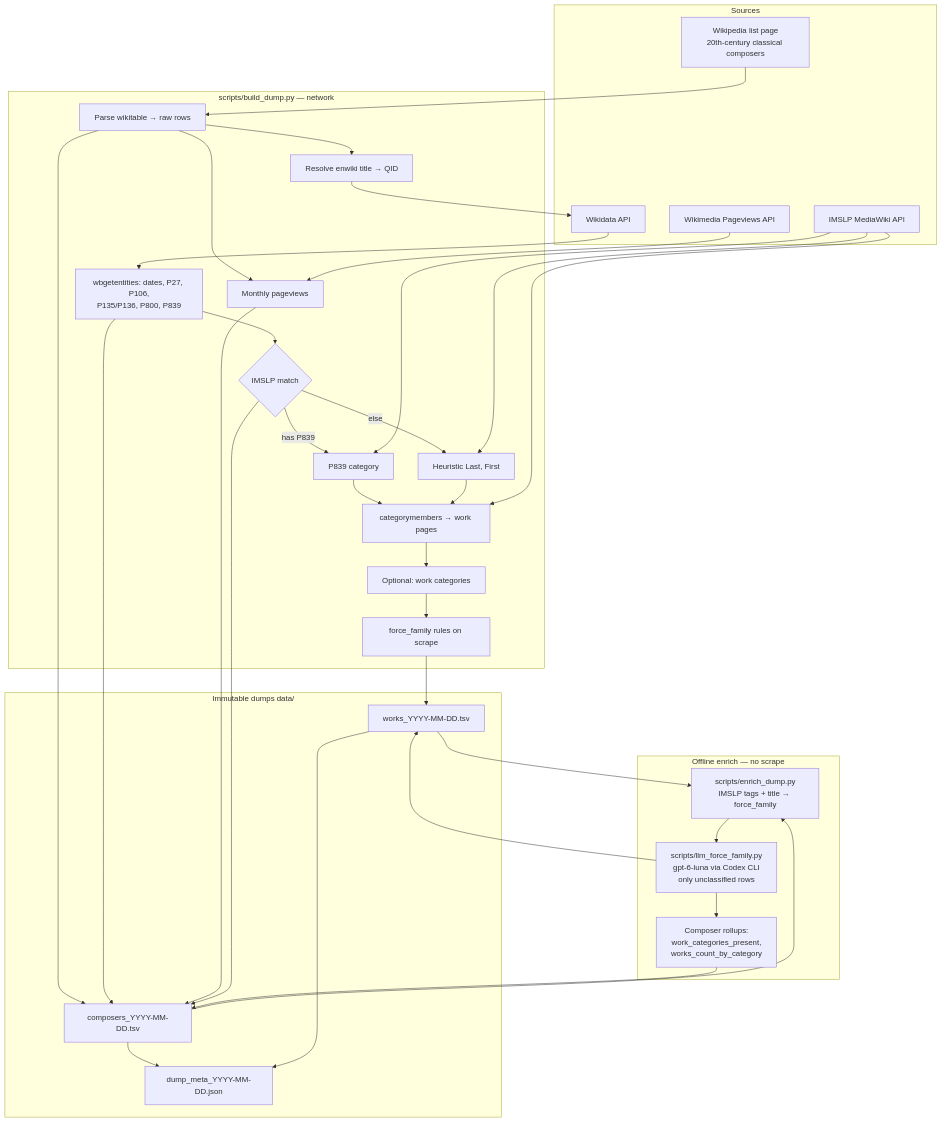
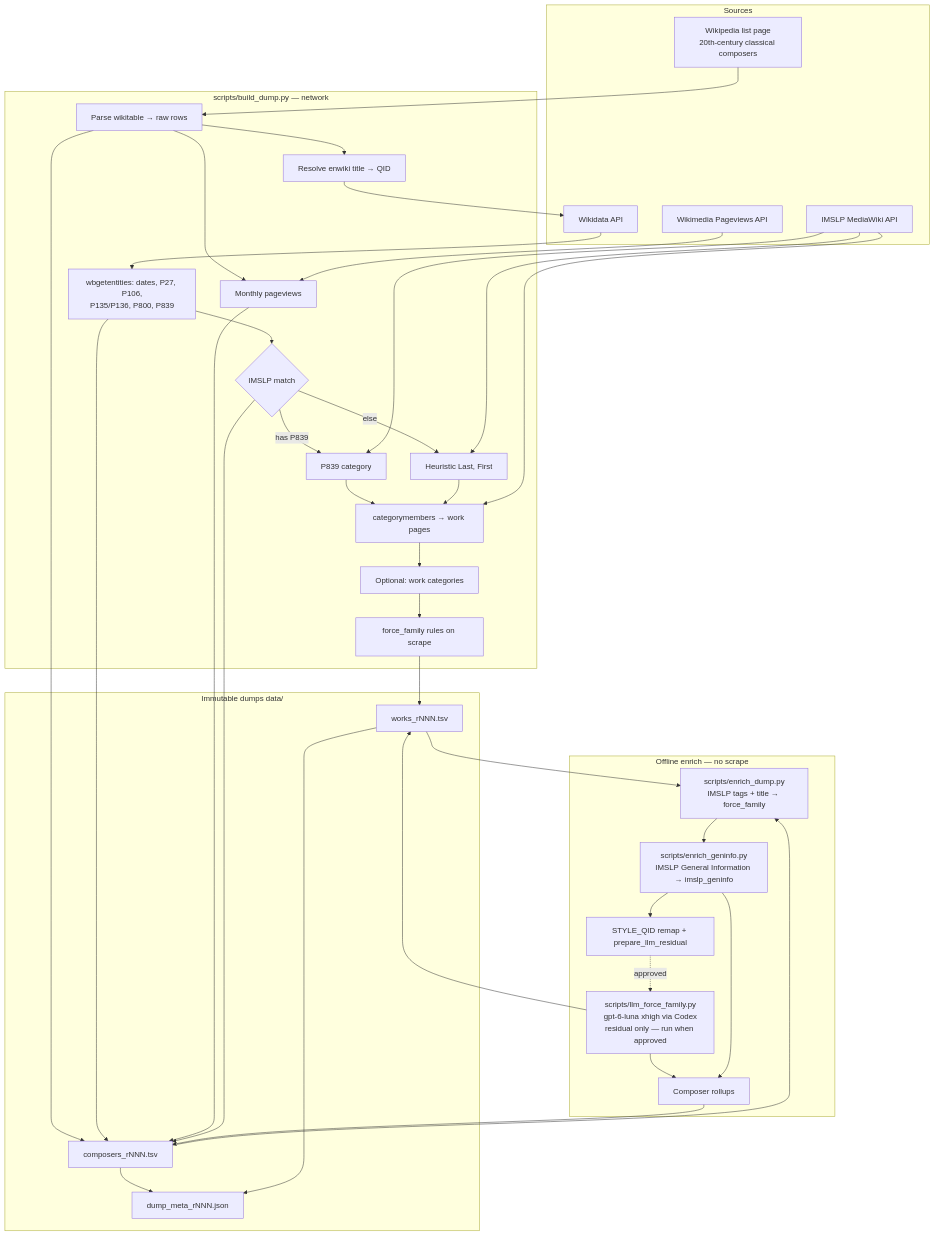
One commit to egorpol/eu-pd-composers changed the first of 2 diagrams in docs/PIPELINE.md. Above: the diagram before and after it, drawn with Mermaid. The commit also changed other lines of this file and 47 other files, not shown here.

First line of the commit message:
Ship rNNN dumps through r006 with GenInfo, style fixes, and residual LLM.

````diff
--- a/docs/PIPELINE.md
+++ b/docs/PIPELINE.md
@@ -7,57 +7,61 @@
 ```mermaid
 flowchart TB
   subgraph sources [Sources]
     WIKI[Wikipedia list page<br/>20th-century classical composers]
     WD[Wikidata API]
     PV[Wikimedia Pageviews API]
     IMSLP[IMSLP MediaWiki API]
   end
 
   subgraph scrape [scripts/build_dump.py — network]
     PARSE[Parse wikitable → raw rows]
     QID[Resolve enwiki title → QID]
     ENRICH[wbgetentities: dates, P27, P106,<br/>P135/P136, P800, P839]
     PAGEVIEWS[Monthly pageviews]
     MATCH{IMSLP match}
     P839[P839 category]
     HEUR[Heuristic Last, First]
     WORKS[categorymembers → work pages]
     CATS[Optional: work categories]
     FF1[force_family rules on scrape]
   end
 
   subgraph offline [Offline enrich — no scrape]
     ENR[scripts/enrich_dump.py<br/>IMSLP tags + title → force_family]
-    LLM[scripts/llm_force_family.py<br/>gpt-6-luna via Codex CLI<br/>only unclassified rows]
-    ROLL[Composer rollups:<br/>work_categories_present,<br/>works_count_by_category]
+    GI[scripts/enrich_geninfo.py<br/>IMSLP General Information → imslp_geninfo]
+    STY[STYLE_QID remap + prepare_llm_residual]
+    LLM[scripts/llm_force_family.py<br/>gpt-6-luna xhigh via Codex<br/>residual only — run when approved]
+    ROLL[Composer rollups]
   end
 
   subgraph out [Immutable dumps data/]
-    C[composers_YYYY-MM-DD.tsv]
-    WK[works_YYYY-MM-DD.tsv]
-    META[dump_meta_YYYY-MM-DD.json]
+    C[composers_rNNN.tsv]
+    WK[works_rNNN.tsv]
+    META[dump_meta_rNNN.json]
   end
 
   WIKI --> PARSE --> QID
   QID --> WD --> ENRICH
   PARSE --> PAGEVIEWS
   PV --> PAGEVIEWS
   ENRICH --> MATCH
   MATCH -->|has P839| P839 --> WORKS
   MATCH -->|else| HEUR --> WORKS
   IMSLP --> P839
   IMSLP --> HEUR
   IMSLP --> WORKS --> CATS --> FF1
   PARSE --> C
   ENRICH --> C
   PAGEVIEWS --> C
   MATCH --> C
   FF1 --> WK
   C --> ENR
   WK --> ENR
-  ENR --> LLM
+  ENR --> GI --> STY
+  STY -.->|approved| LLM
   LLM --> ROLL --> C
   LLM --> WK
+  GI --> ROLL
   C --> META
   WK --> META
 ```
````
